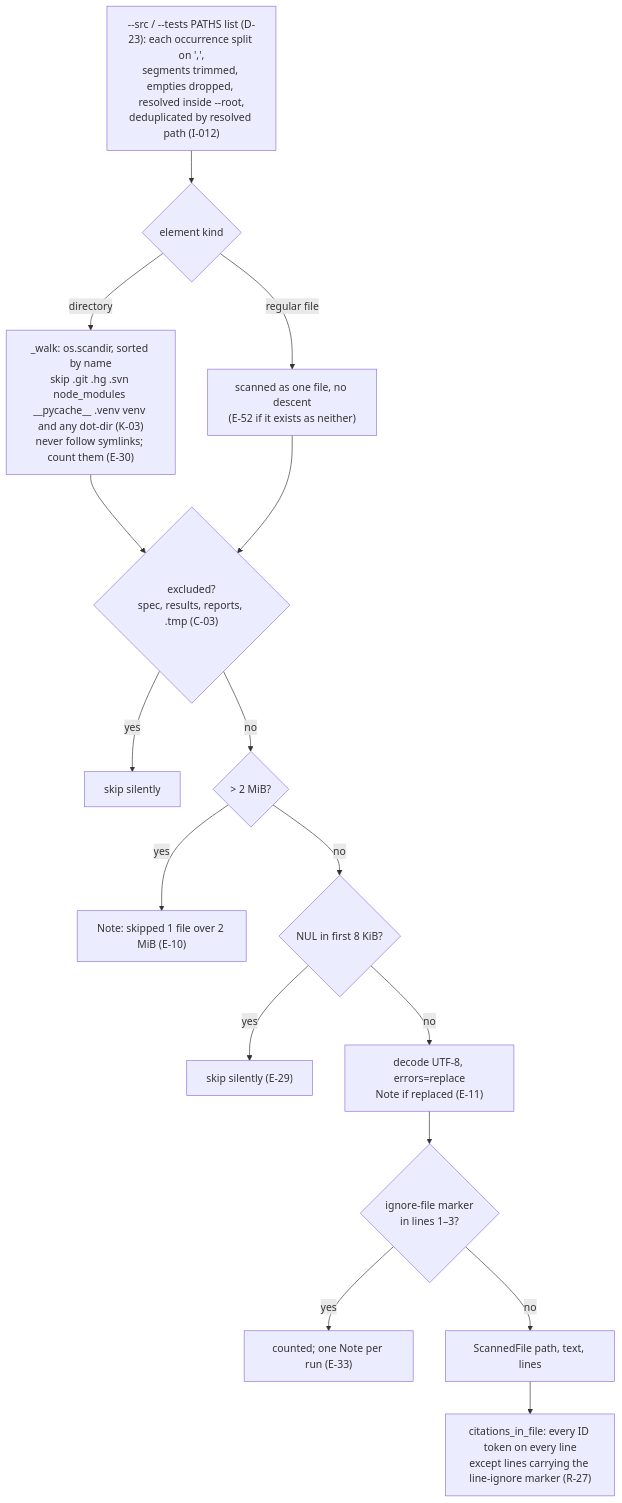
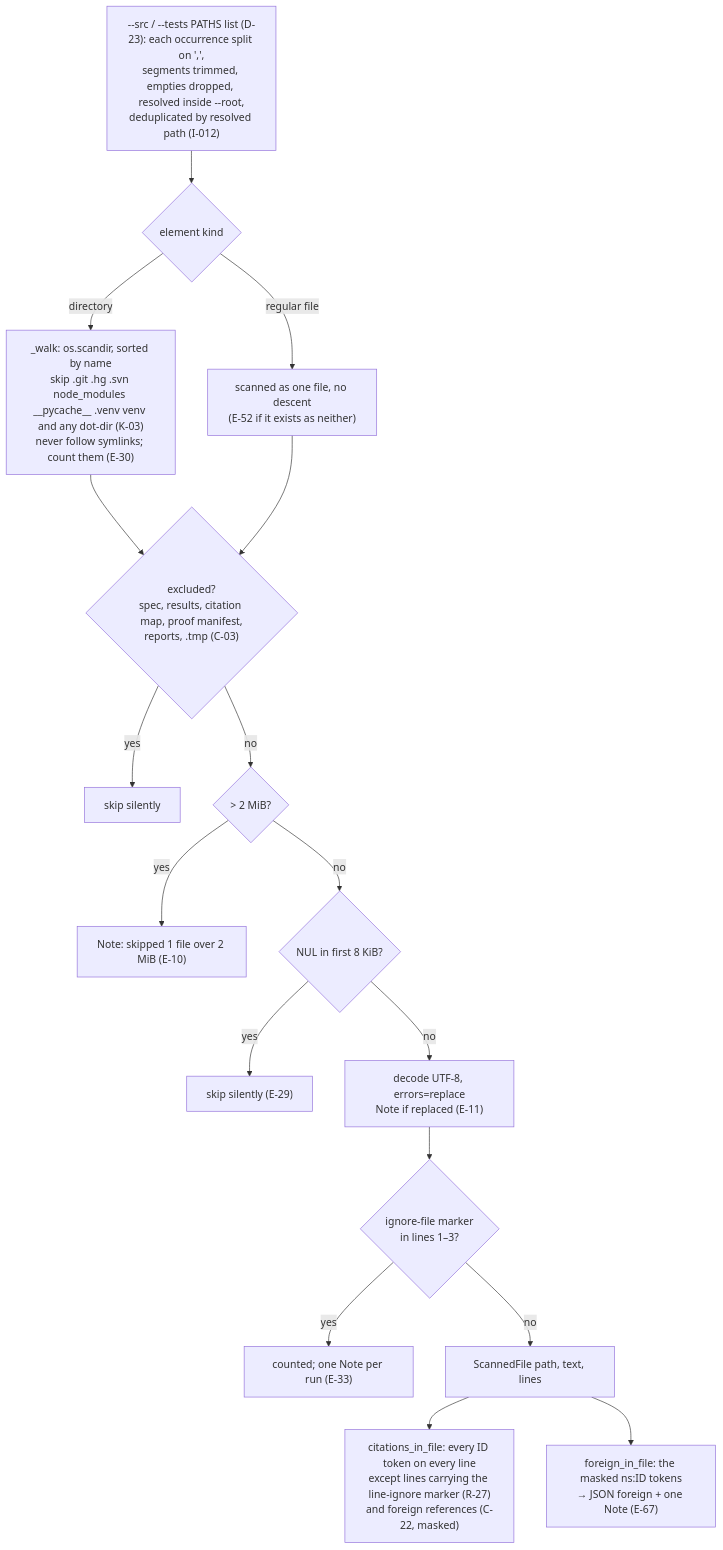
One commit to rioffe/speccheck changed the sixth of 12 diagrams in ARCHITECTURE.md. Above: the diagram before and after it, drawn with Mermaid. The commit also changed other lines of this file and 4 other files, not shown here.

First line of the commit message:
docs(architecture): bring ARCHITECTURE.md to v1.23.1

````diff
--- a/ARCHITECTURE.md
+++ b/ARCHITECTURE.md
@@ -446,18 +522,19 @@
 ```mermaid
 flowchart TD
     root["--src / --tests PATHS list (D-23): each occurrence split on ',',<br/>segments trimmed, empties dropped, resolved inside --root,<br/>deduplicated by resolved path (I-012)"] --> elem{"element kind"}
     elem -->|directory| walk["_walk: os.scandir, sorted by name<br/>skip .git .hg .svn node_modules __pycache__ .venv venv and any dot-dir (K-03)<br/>never follow symlinks; count them (E-30)"]
     elem -->|"regular file"| one["scanned as one file, no descent<br/>(E-52 if it exists as neither)"]
-    walk --> ex{"excluded?<br/>spec, results, reports, .tmp (C-03)"}
+    walk --> ex{"excluded?<br/>spec, results, citation map, proof manifest,<br/>reports, .tmp (C-03)"}
     one --> ex
     ex -->|yes| drop1[skip silently]
     ex -->|no| size{"> 2 MiB?"}
     size -->|yes| note1["Note: skipped 1 file over 2 MiB (E-10)"]
     size -->|no| bin{"NUL in first 8 KiB?"}
     bin -->|yes| drop2["skip silently (E-29)"]
     bin -->|no| dec["decode UTF-8, errors=replace<br/>Note if replaced (E-11)"]
     dec --> ig{"ignore-file marker<br/>in lines 1–3?"}
     ig -->|yes| note2["counted; one Note per run (E-33)"]
     ig -->|no| file[ScannedFile path, text, lines]
-    file --> cit["citations_in_file: every ID token on every line<br/>except lines carrying the line-ignore marker (R-27)"]
+    file --> cit["citations_in_file: every ID token on every line<br/>except lines carrying the line-ignore marker (R-27)<br/>and foreign references (C-22, masked)"]
+    file --> fr["foreign_in_file: the masked ns:ID tokens<br/>→ JSON foreign + one Note (E-67)"]
 ```
````
